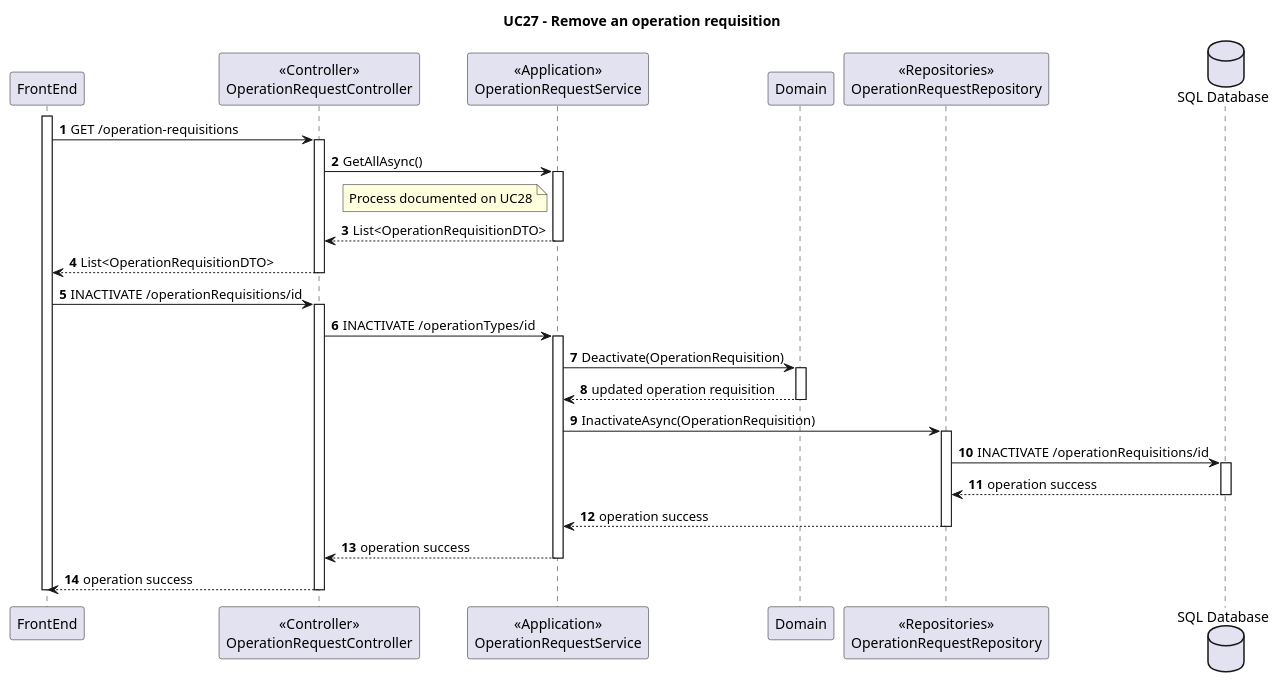
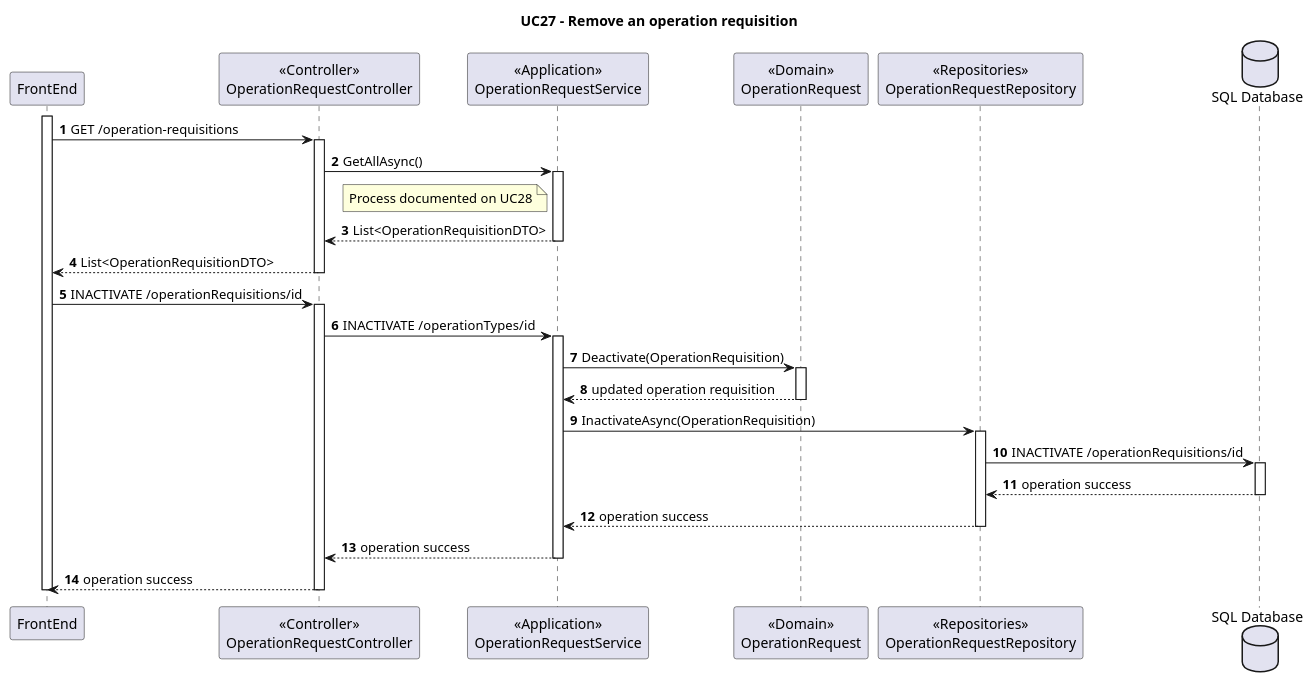
One commit to MiguelCardoso77/SurgicalSync-BackEnd changed the diagram in Wiki/SprintA/diagrams/use-cases/27-remove-an-operation-requisition/level3/backend-process-view.puml. Above: the diagram before and after it, drawn with PlantUML. The commit also changed 1 other file, not shown here.

```diff
--- a/Wiki/SprintA/diagrams/use-cases/27-remove-an-operation-requisition/level3/backend-process-view.puml
+++ b/Wiki/SprintA/diagrams/use-cases/27-remove-an-operation-requisition/level3/backend-process-view.puml
@@ -1,77 +1,77 @@
 @startuml
 autonumber
 
 Title "UC27 - Remove an operation requisition"
 
 participant "FrontEnd" as FE
 participant "<<Controller>>\nOperationRequestController" as CN
 participant "<<Application>>\nOperationRequestService" as SV
-participant "Domain" as DM
+participant "<<Domain>>\nOperationRequest" as DM
 participant "<<Repositories>>\nOperationRequestRepository" as REPO
 database "SQL Database" as SQL
 
 activate FE
 
 FE -> CN  : GET /operation-requisitions
 
 activate CN
 
 CN -> SV: GetAllAsync()
 
 activate SV
 
             note left of SV
                 Process documented on UC28
             end note
 
 SV --> CN : List<OperationRequisitionDTO>
 
 deactivate SV
 
 CN --> FE : List<OperationRequisitionDTO>
 
 deactivate CN
 
 FE -> CN : INACTIVATE /operationRequisitions/id
 
 activate CN
 
 CN -> SV : INACTIVATE /operationTypes/id
 
 activate SV
 
 SV -> DM : Deactivate(OperationRequisition)
 
 activate DM
 
 DM --> SV : updated operation requisition 
 
 deactivate DM
 
 SV -> REPO : InactivateAsync(OperationRequisition)
 
 activate REPO
 
 REPO -> SQL : INACTIVATE /operationRequisitions/id
 
 activate SQL
 
 SQL --> REPO : operation success
 
 deactivate SQL 
 
 REPO  --> SV : operation success
 
 deactivate REPO
 
 SV --> CN : operation success
 
 deactivate  SV
 
 CN --> FE : operation success
 
 deactivate CN 
 
 deactivate FE
 
 @enduml
```
